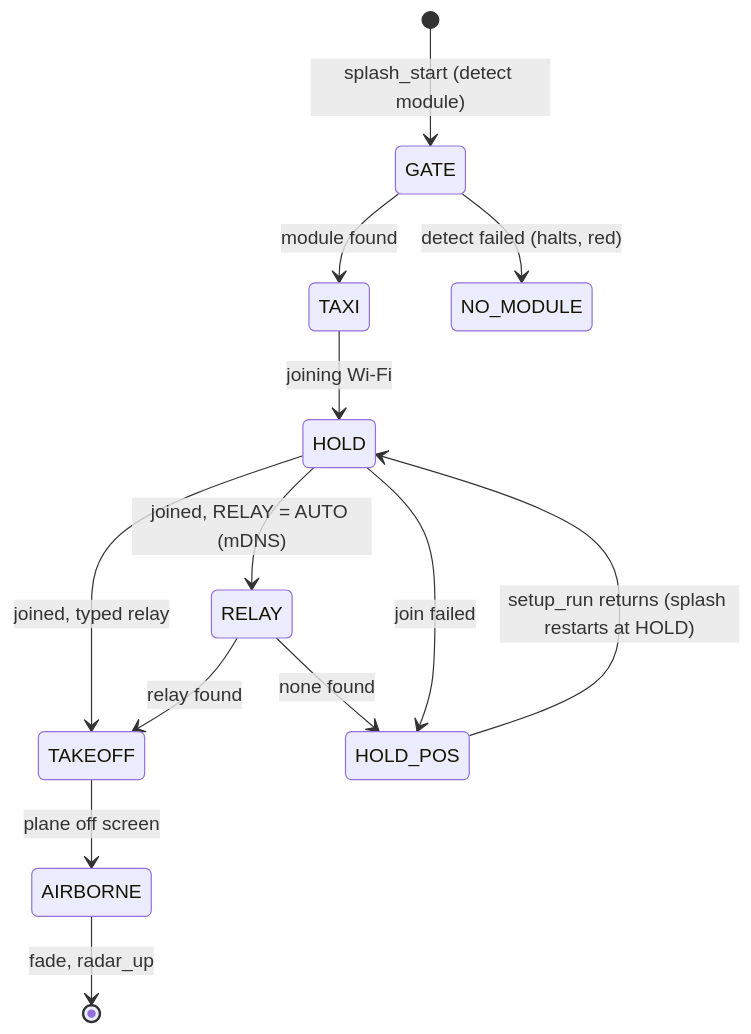
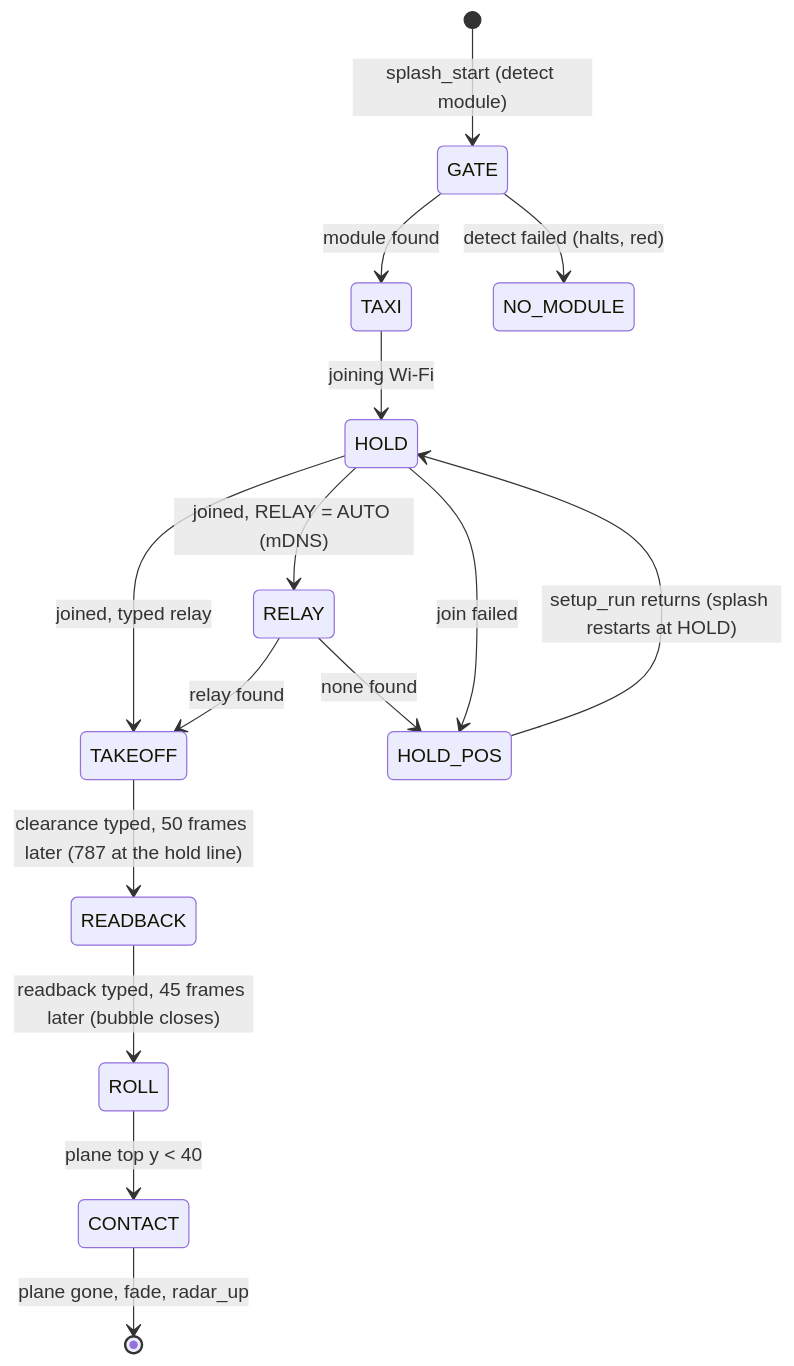
One commit to jfryman/mega-wifi-radar changed the first of 2 diagrams in lode/ui/boot-splash.md. Above: the diagram before and after it, drawn with Mermaid. The commit also changed other lines of this file and 23 other files, not shown here.

````diff
--- a/lode/ui/boot-splash.md
+++ b/lode/ui/boot-splash.md
@@ -8,15 +9,17 @@
 ```mermaid
 stateDiagram-v2
   [*] --> GATE: splash_start (detect module)
   GATE --> TAXI: module found
   GATE --> NO_MODULE: detect failed (halts, red)
   TAXI --> HOLD: joining Wi-Fi
   HOLD --> RELAY: joined, RELAY = AUTO (mDNS)
   HOLD --> TAKEOFF: joined, typed relay
   RELAY --> TAKEOFF: relay found
   RELAY --> HOLD_POS: none found
   HOLD --> HOLD_POS: join failed
   HOLD_POS --> HOLD: setup_run returns (splash restarts at HOLD)
-  TAKEOFF --> AIRBORNE: plane off screen
-  AIRBORNE --> [*]: fade, radar_up
+  TAKEOFF --> READBACK: clearance typed, 50 frames later (787 at the hold line)
+  READBACK --> ROLL: readback typed, 45 frames later (bubble closes)
+  ROLL --> CONTACT: plane top y < 40
+  CONTACT --> [*]: plane gone, fade, radar_up
 ```
````
